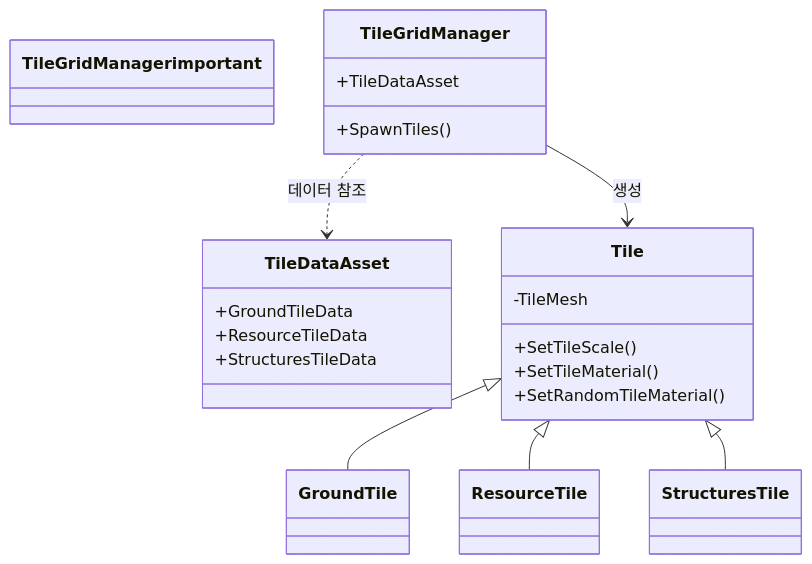
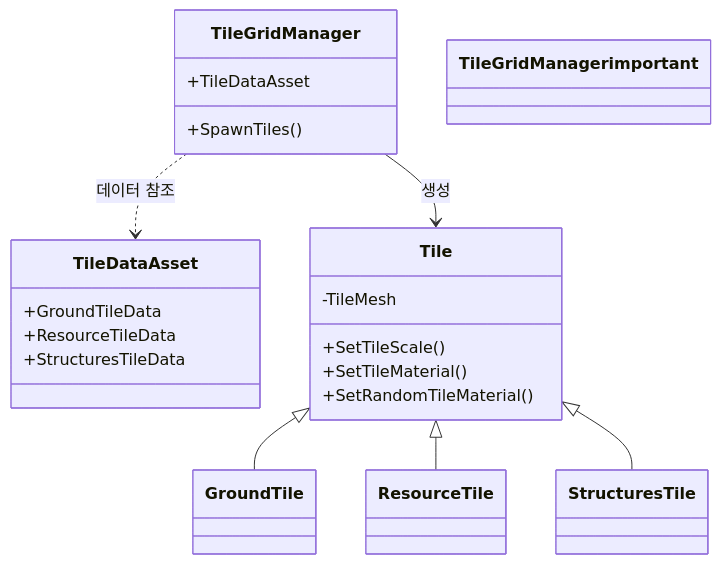
Before and after one commit to WJMcode/Project_CavesBasic: the first of 4 diagrams in README.md, drawn with Mermaid.

````diff
--- a/README.md
+++ b/README.md
@@ -1,33 +1,32 @@
 ```mermaid
 classDiagram
-
-
-    classDef important fill:#FFD700,stroke:#333,stroke-width:2px;
-    class TileGridManager important
-
     class TileGridManager {
         +TileDataAsset
         +SpawnTiles()
     }
     class TileDataAsset {
         +GroundTileData
         +ResourceTileData
         +StructuresTileData
     }
     class Tile {
         -TileMesh
         +SetTileScale()
         +SetTileMaterial()
         +SetRandomTileMaterial()
     }
     class GroundTile
     class ResourceTile
     class StructuresTile
 
     TileGridManager ..> TileDataAsset : 데이터 참조
     TileGridManager --> Tile : 생성
     Tile <|-- GroundTile
     Tile <|-- ResourceTile
     Tile <|-- StructuresTile
 
+    %% 스타일 정의와 적용은 클래스/관계 정의 **아래**에 작성
+    classDef important fill:#FFD700,stroke:#333,stroke-width:2px;
+    class TileGridManager important
+
 ```
````
